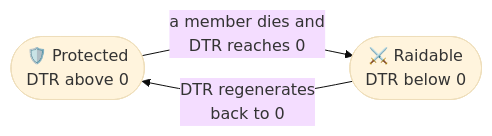
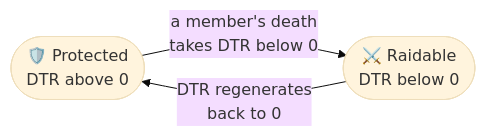
One commit to Lawkeys-dev/hcf-core changed the diagram in docs/gameplay/dtr-and-raids.md. Above: the diagram before and after it, drawn with Mermaid (base theme). The commit also changed other lines of this file and 10 other files, not shown here.

````diff
--- a/docs/gameplay/dtr-and-raids.md
+++ b/docs/gameplay/dtr-and-raids.md
@@ -22,7 +22,7 @@
 ```mermaid
 flowchart LR
     P(["🛡️ Protected<br/>DTR above 0"])
     R(["⚔️ Raidable<br/>DTR below 0"])
-    P -- "a member dies and<br/>DTR reaches 0" --> R
+    P -- "a member's death<br/>takes DTR below 0" --> R
     R -- "DTR regenerates<br/>back to 0" --> P
 ```
````
